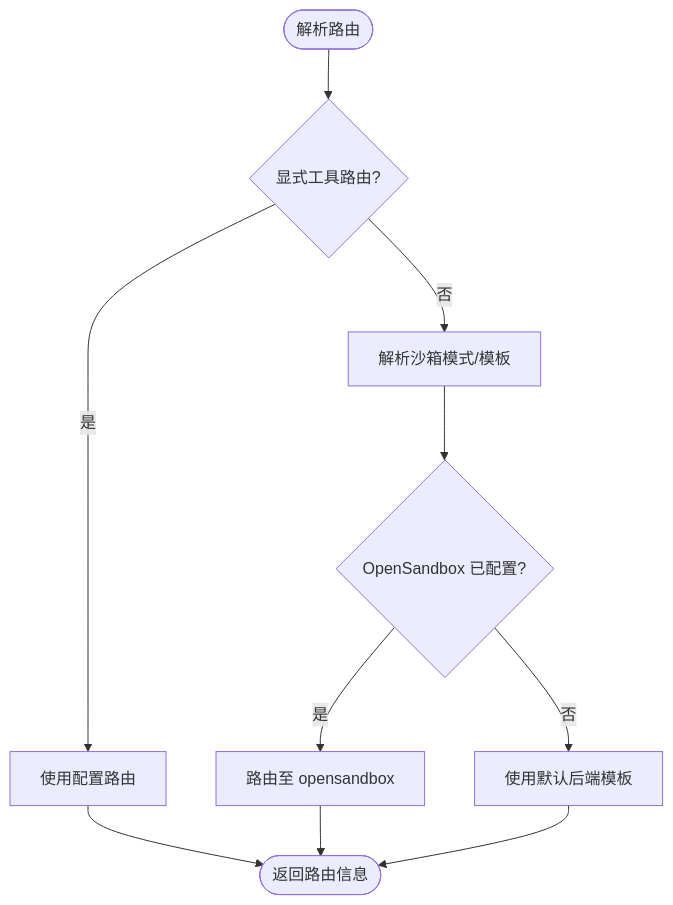
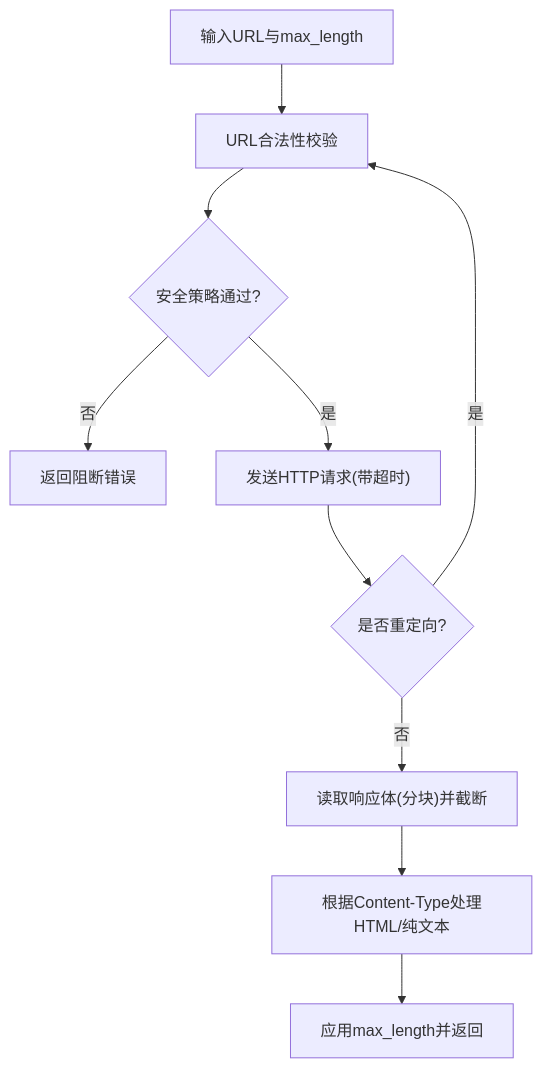
One commit to wayyet/kingcrab changed the sixth of 8 diagrams in .qoder/repowiki/zh/content/工具系统/工具系统.md. Above: the diagram before and after it, drawn with Mermaid. The commit also changed other lines of this file and 431 other files, not shown here.

````diff
--- a/.qoder/repowiki/zh/content/工具系统/工具系统.md
+++ b/.qoder/repowiki/zh/content/工具系统/工具系统.md
@@ -205,13 +277,12 @@
 ```mermaid
 flowchart TD
-RStart(["解析路由"]) --> ConfigRoute{"显式工具路由?"}
-ConfigRoute --> |是| UseCfg["使用配置路由"]
-ConfigRoute --> |否| SandboxMode["解析沙箱模式/模板"]
-SandboxMode --> SandboxCfg{"OpenSandbox 已配置?"}
-SandboxCfg --> |是| UseSandbox["路由至 opensandbox"]
-SandboxCfg --> |否| DefaultBackend["使用默认后端模板"]
-UseCfg --> Done
-UseSandbox --> Done
-DefaultBackend --> Done
-Done(["返回路由信息"])
+U["输入URL与max_length"] --> V["URL合法性校验"]
+V --> W{"安全策略通过?"}
+W --> |否| X["返回阻断错误"]
+W --> |是| Y["发送HTTP请求(带超时)"]
+Y --> Z{"是否重定向?"}
+Z --> |是| V
+Z --> |否| AA["读取响应体(分块)并截断"]
+AA --> BB["根据Content-Type处理HTML/纯文本"]
+BB --> CC["应用max_length并返回"]
 ```
````
